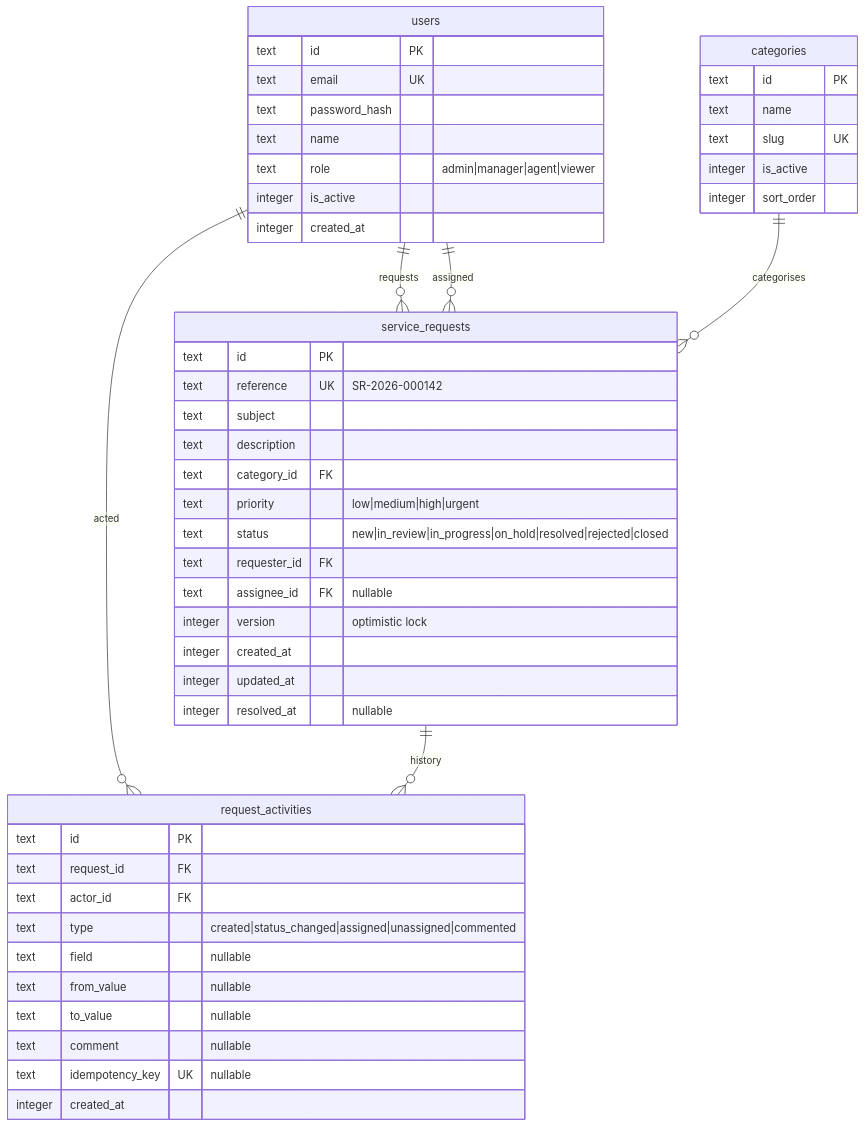
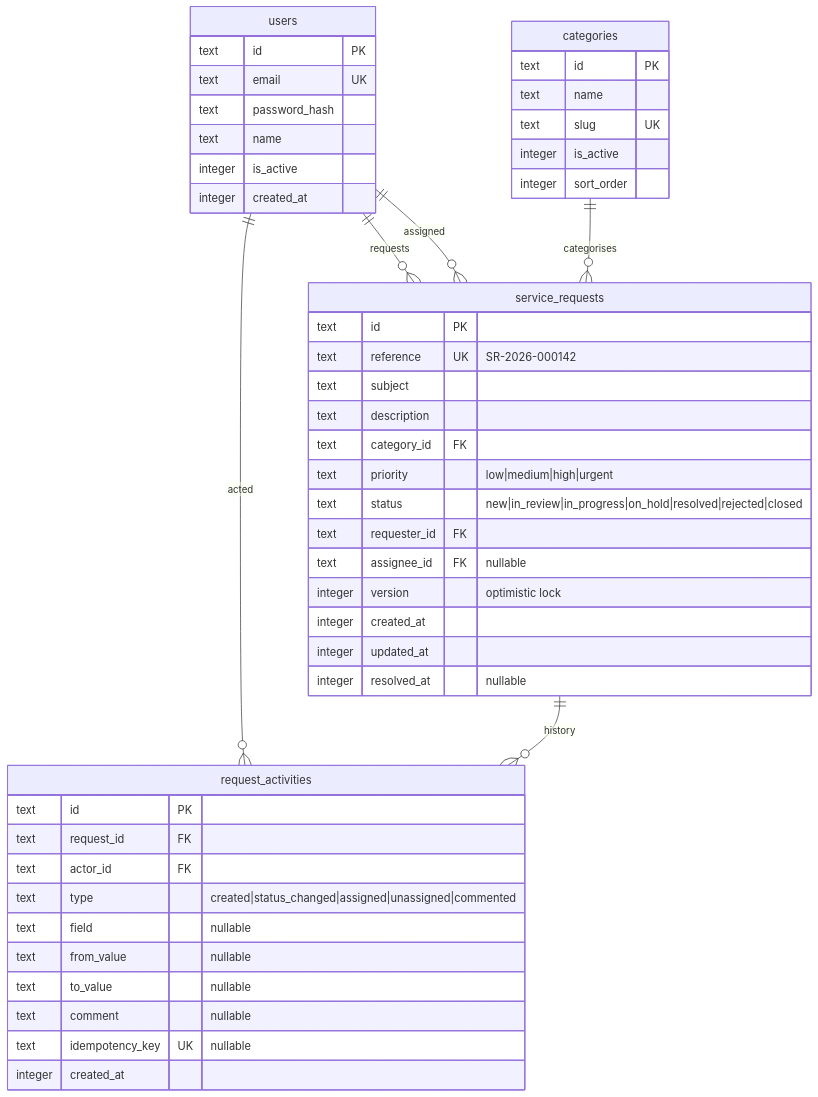
Before and after one commit to md-ahr/as-sunnah-desk: the first of 2 diagrams in docs/04-data-model-and-scale.md, drawn with Mermaid. The commit also changed other lines of this file and 158 other files, not shown here.

````diff
--- a/docs/04-data-model-and-scale.md
+++ b/docs/04-data-model-and-scale.md
@@ -7,55 +7,54 @@
 ```mermaid
 erDiagram
     users ||--o{ service_requests : "requests"
     users ||--o{ service_requests : "assigned"
     users ||--o{ request_activities : "acted"
     categories ||--o{ service_requests : "categorises"
     service_requests ||--o{ request_activities : "history"
 
     users {
         text id PK
         text email UK
         text password_hash
         text name
-        text role "admin|manager|agent|viewer"
         integer is_active
         integer created_at
     }
 
     categories {
         text id PK
         text name
         text slug UK
         integer is_active
         integer sort_order
     }
 
     service_requests {
         text id PK
         text reference UK "SR-2026-000142"
         text subject
         text description
         text category_id FK
         text priority "low|medium|high|urgent"
         text status "new|in_review|in_progress|on_hold|resolved|rejected|closed"
         text requester_id FK
         text assignee_id FK "nullable"
         integer version "optimistic lock"
         integer created_at
         integer updated_at
         integer resolved_at "nullable"
     }
 
     request_activities {
         text id PK
         text request_id FK
         text actor_id FK
         text type "created|status_changed|assigned|unassigned|commented"
         text field "nullable"
         text from_value "nullable"
         text to_value "nullable"
         text comment "nullable"
         text idempotency_key UK "nullable"
         integer created_at
     }
 ```
````
